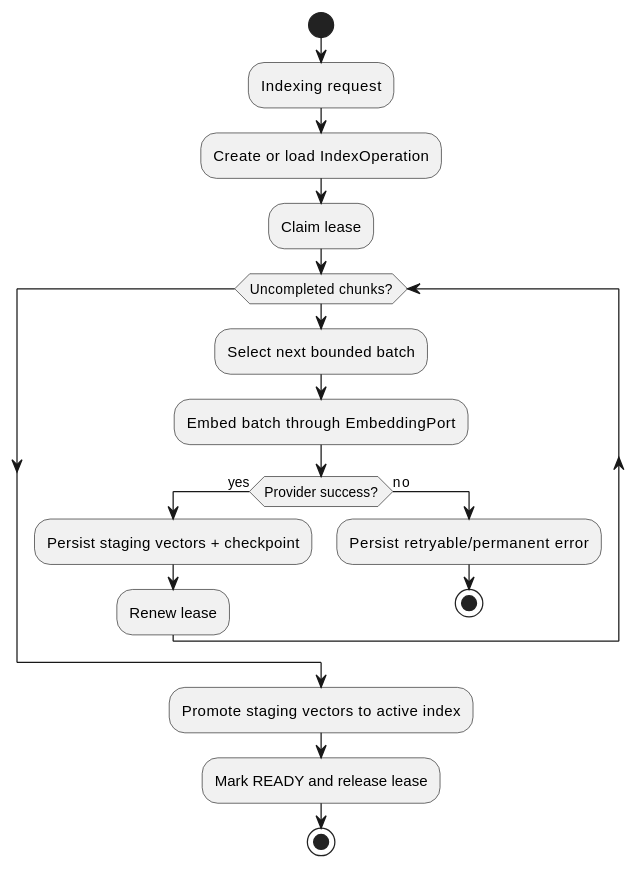
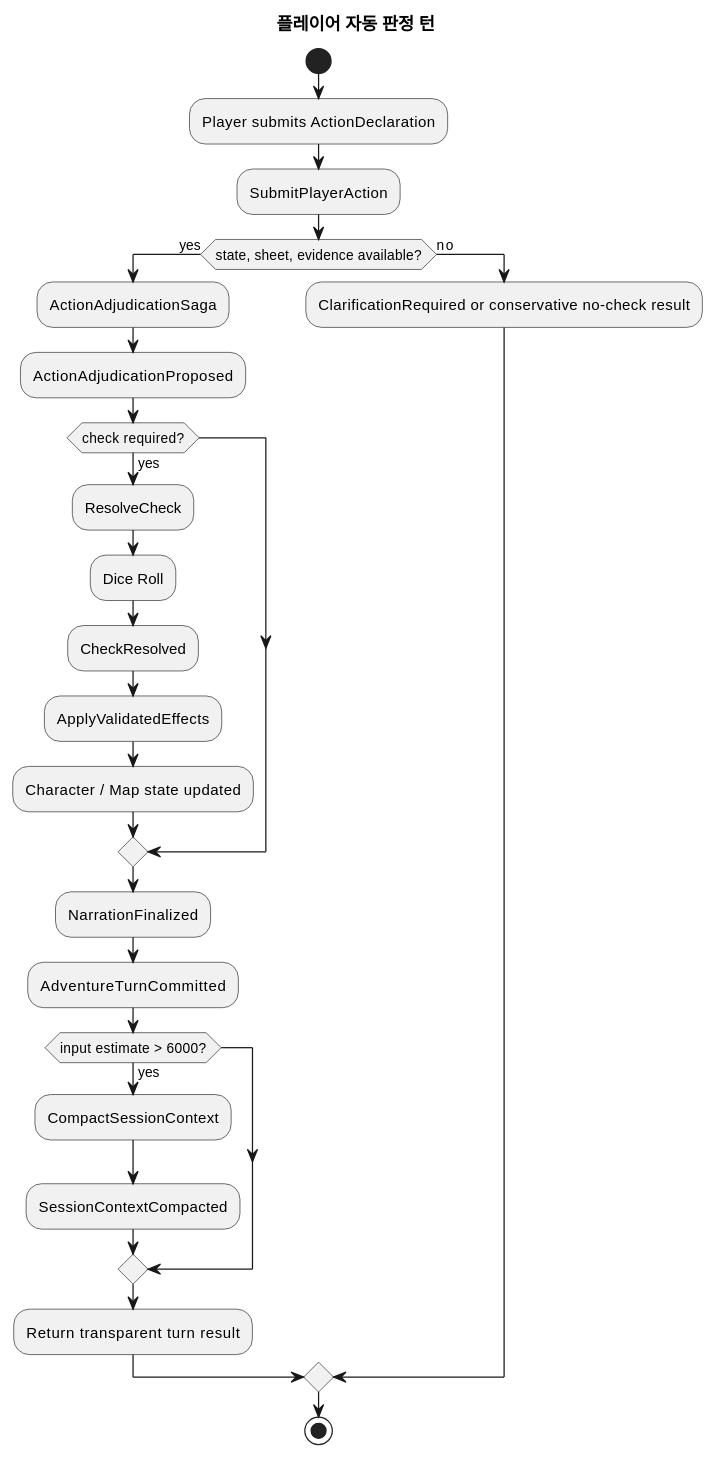
The first of 3 diagrams in docs/specs/architecture-spec.md (omegafrog/dnd-master), drawn with PlantUML before and after one commit. The commit also changed other lines of this file and 7 other files, not shown here.

````diff
--- a/docs/specs/architecture-spec.md
+++ b/docs/specs/architecture-spec.md
@@ -28,22 +34,29 @@
 ```plantuml
 @startuml
+title 플레이어 자동 판정 턴
 start
-:Indexing request;
-:Create or load IndexOperation;
-:Claim lease;
-while (Uncompleted chunks?)
-  :Select next bounded batch;
-  :Embed batch through EmbeddingPort;
-  if (Provider success?) then (yes)
-    :Persist staging vectors + checkpoint;
-    :Renew lease;
-  else (no)
-    :Persist retryable/permanent error;
-    stop
+:Player submits ActionDeclaration;
+:SubmitPlayerAction;
+if (state, sheet, evidence available?) then (yes)
+  :ActionAdjudicationSaga;
+  :ActionAdjudicationProposed;
+  if (check required?) then (yes)
+    :ResolveCheck;
+    :Dice Roll;
+    :CheckResolved;
+    :ApplyValidatedEffects;
+    :Character / Map state updated;
   endif
-endwhile
-:Promote staging vectors to active index;
-:Mark READY and release lease;
+  :NarrationFinalized;
+  :AdventureTurnCommitted;
+  if (input estimate > 6000?) then (yes)
+    :CompactSessionContext;
+    :SessionContextCompacted;
+  endif
+  :Return transparent turn result;
+else (no)
+  :ClarificationRequired or conservative no-check result;
+endif
 stop
 @enduml
 ```
````
